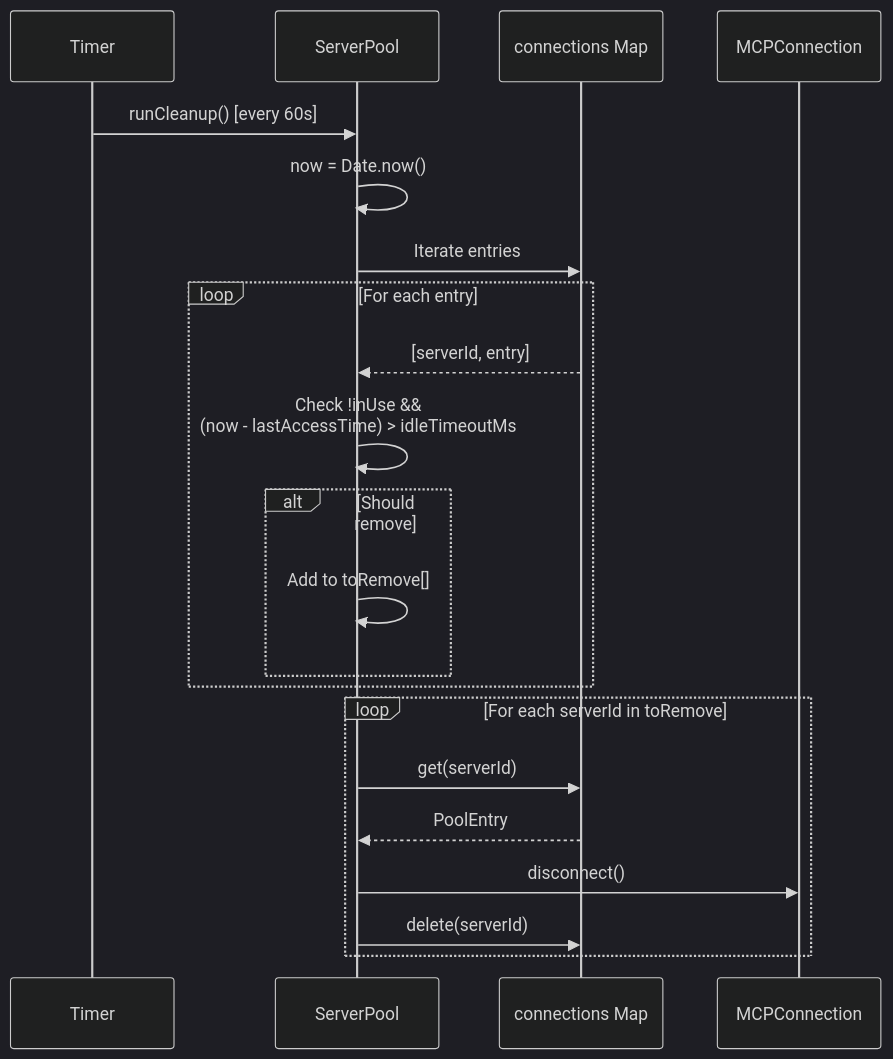
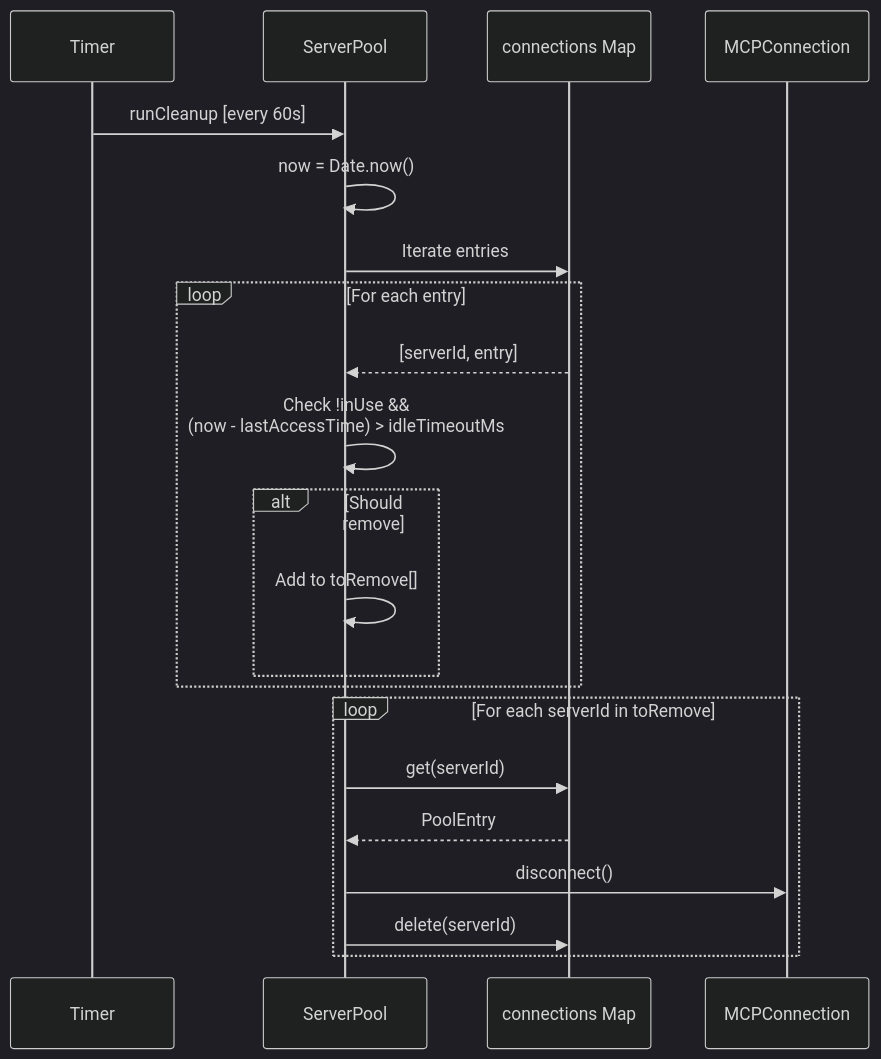
The seventh of 12 diagrams in projects/meta-mcp-server/docs/diagrams/05-server-pool-architecture.md (blueman82/mcp-exec), drawn with Mermaid (dark theme) before and after one commit. The commit also changed other lines of this file and 2 other files, not shown here.

First line of the commit message:
fix: Remove function call parentheses from Mermaid node labels

````diff
--- a/projects/meta-mcp-server/docs/diagrams/05-server-pool-architecture.md
+++ b/projects/meta-mcp-server/docs/diagrams/05-server-pool-architecture.md
@@ -246,27 +246,27 @@
 ```mermaid
 sequenceDiagram
     participant Timer
     participant Pool as ServerPool
     participant Map as connections Map
     participant Conn as MCPConnection
 
-    Timer->>Pool: runCleanup() [every 60s]
+    Timer->>Pool: runCleanup [every 60s]
     Pool->>Pool: now = Date.now()
     Pool->>Map: Iterate entries
 
     loop For each entry
         Map-->>Pool: [serverId, entry]
         Pool->>Pool: Check !inUse && <br/>(now - lastAccessTime) > idleTimeoutMs
 
         alt Should remove
             Pool->>Pool: Add to toRemove[]
         end
     end
 
     loop For each serverId in toRemove
         Pool->>Map: get(serverId)
         Map-->>Pool: PoolEntry
         Pool->>Conn: disconnect()
         Pool->>Map: delete(serverId)
     end
 ```
````
